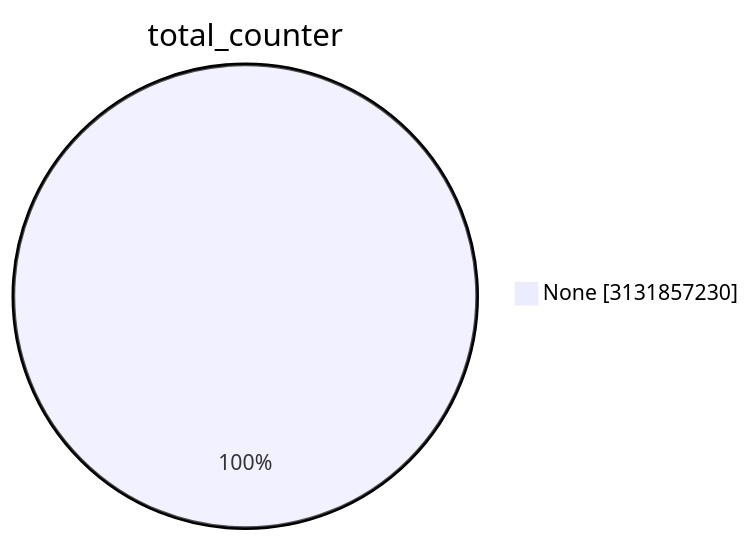
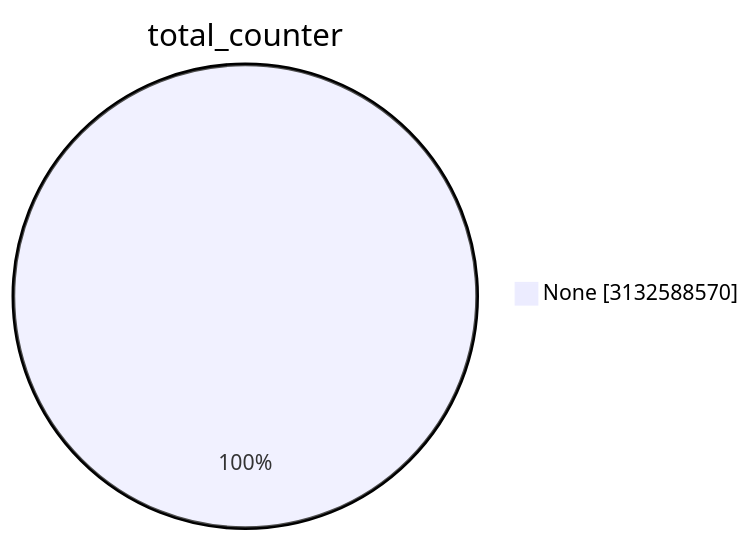
The first of 15 diagrams in TOTAL/README.md (christiankrug/ctmonitor_visualization), drawn with Mermaid before and after one commit. The commit also changed other lines of this file, not shown here.

````diff
--- a/TOTAL/README.md
+++ b/TOTAL/README.md
@@ -1,5 +1,5 @@
 ```mermaid
 pie showData
 title total_counter
-"None" :3131857230
+"None" :3132588570
 ```
````
